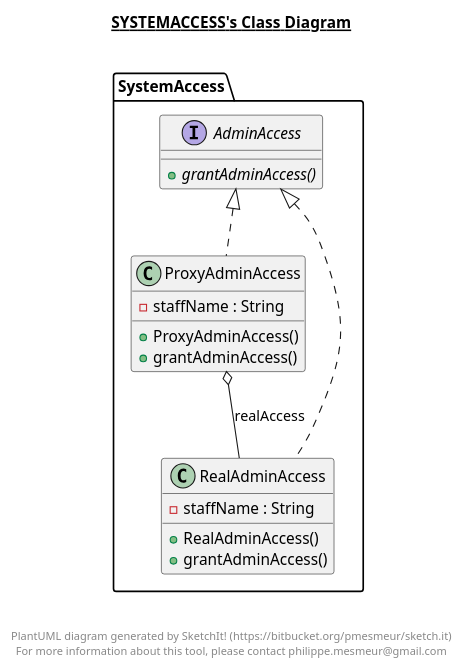
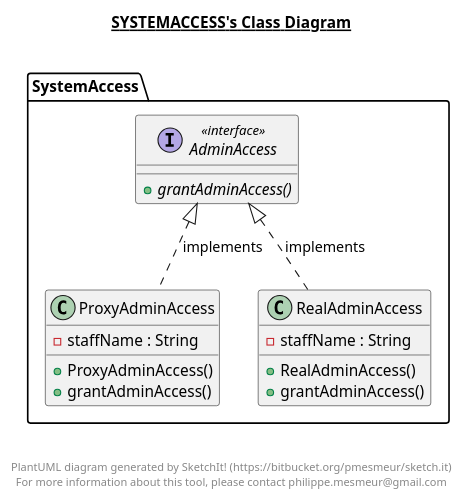
Before and after one commit to Kenzki/design-patterns-dvd-rental-system: the diagram in src/SystemAccess/Proxy.plantuml, drawn with PlantUML. The commit also changed 3 other files, not shown here.

Commit message:
Updated UMl Class Diagrams

```diff
--- a/src/SystemAccess/Proxy.plantuml
+++ b/src/SystemAccess/Proxy.plantuml
@@ -1,42 +1,41 @@
 @startuml
 
 title __SYSTEMACCESS's Class Diagram__\n
 
 
-      interface SystemAccess.AdminAccess {
+      interface SystemAccess.AdminAccess <<interface>>{
           {abstract} + grantAdminAccess()
       }
 
   
 
 
       class SystemAccess.ProxyAdminAccess {
           - staffName : String
           + ProxyAdminAccess()
           + grantAdminAccess()
       }
 
   
 
 
       class SystemAccess.RealAdminAccess {
           - staffName : String
           + RealAdminAccess()
           + grantAdminAccess()
       }
 
   
 
-  SystemAccess.ProxyAdminAccess .up.|> SystemAccess.AdminAccess
-  SystemAccess.ProxyAdminAccess o-- SystemAccess.RealAdminAccess : realAccess
-  SystemAccess.RealAdminAccess .up.|> SystemAccess.AdminAccess
+  SystemAccess.ProxyAdminAccess .up.|> SystemAccess.AdminAccess : implements
+  SystemAccess.RealAdminAccess .up.|> SystemAccess.AdminAccess : implements
 
 
 right footer
 
 
 PlantUML diagram generated by SketchIt! (https://bitbucket.org/pmesmeur/sketch.it)
 For more information about this tool, please contact philippe.mesmeur@gmail.com
 endfooter
 
 @enduml
```
